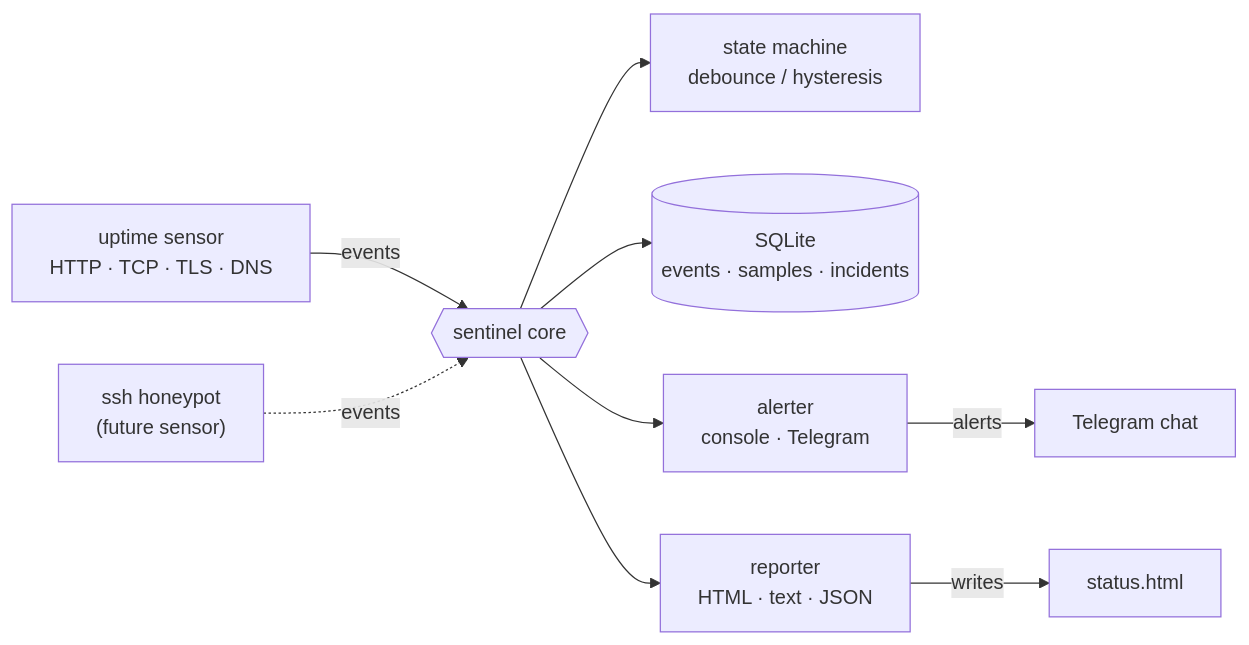
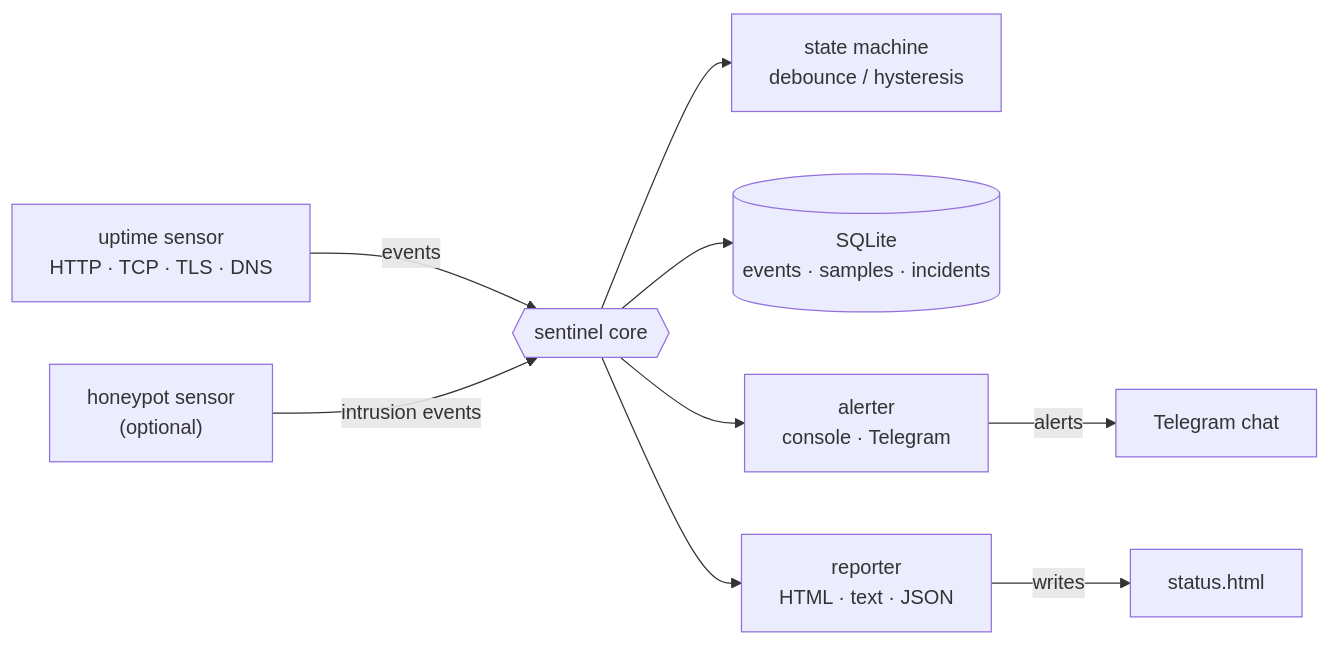
The first of 3 diagrams in README.md (githubuseradmin/sentinel), drawn with Mermaid before and after one commit. The commit also changed other lines of this file and 7 other files, not shown here.

Commit message:
feat: TCP honeypot sensor (intrusion detection) + demo status page

````diff
--- a/README.md
+++ b/README.md
@@ -21,12 +22,12 @@
 ```mermaid
 flowchart LR
     U["uptime sensor<br/>HTTP · TCP · TLS · DNS"] -->|events| C
-    H["ssh honeypot<br/>(future sensor)"] -.->|events| C
+    H["honeypot sensor<br/>(optional)"] -->|intrusion events| C
     C{{"sentinel core"}}
     C --> SM["state machine<br/>debounce / hysteresis"]
     C --> DB[("SQLite<br/>events · samples · incidents")]
     C --> AL["alerter<br/>console · Telegram"]
     C --> RP["reporter<br/>HTML · text · JSON"]
     AL -->|alerts| TG["Telegram chat"]
     RP -->|writes| WEB["status.html"]
 ```
````
